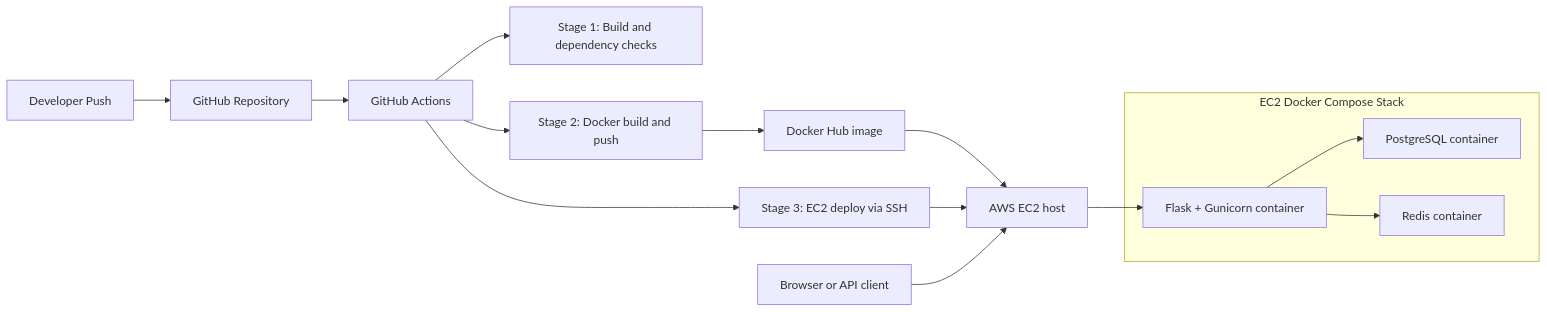
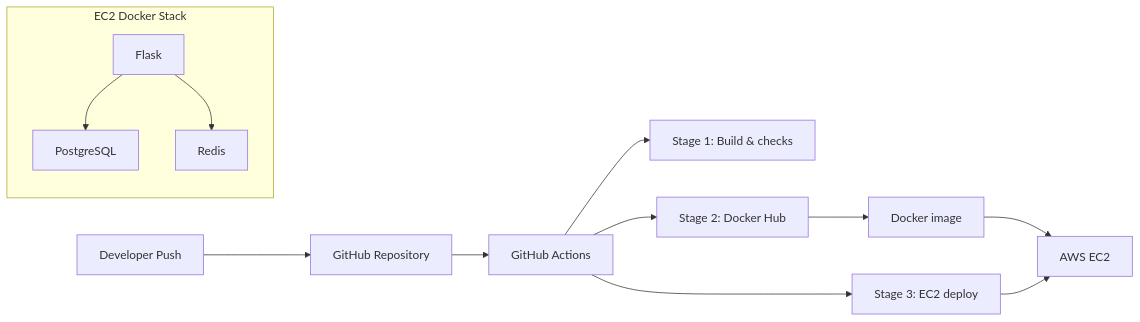
The diagram in README.md (abhishek-balsure/phishing-detector-pro), drawn with Mermaid before and after one commit. The commit also changed other lines of this file, not shown here.

````diff
--- a/README.md
+++ b/README.md
@@ -71,22 +35,16 @@
 ```mermaid
 flowchart LR
     Dev[Developer Push] --> GH[GitHub Repository]
     GH --> CI[GitHub Actions]
-    CI --> Stage1[Stage 1: Build and dependency checks]
-    CI --> Stage2[Stage 2: Docker build and push]
-    CI --> Stage3[Stage 3: EC2 deploy via SSH]
-    Stage2 --> DH[Docker Hub image]
-    DH --> EC2[AWS EC2 host]
+    CI --> Stage1[Stage 1: Build & checks]
+    CI --> Stage2[Stage 2: Docker Hub]
+    CI --> Stage3[Stage 3: EC2 deploy]
+    Stage2 --> DH[Docker image]
+    DH --> EC2[AWS EC2]
     Stage3 --> EC2
 
-    subgraph EC2 Docker Compose Stack
-        Web[Flask + Gunicorn container]
-        DB[PostgreSQL container]
-        Redis[Redis container]
-        Web --> DB
-        Web --> Redis
+    subgraph EC2 Docker Stack
+        Web[Flask] --> DB[PostgreSQL]
+        Web --> Redis[Redis]
     end
-
-    User[Browser or API client] --> EC2
-    EC2 --> Web
 ```
````
